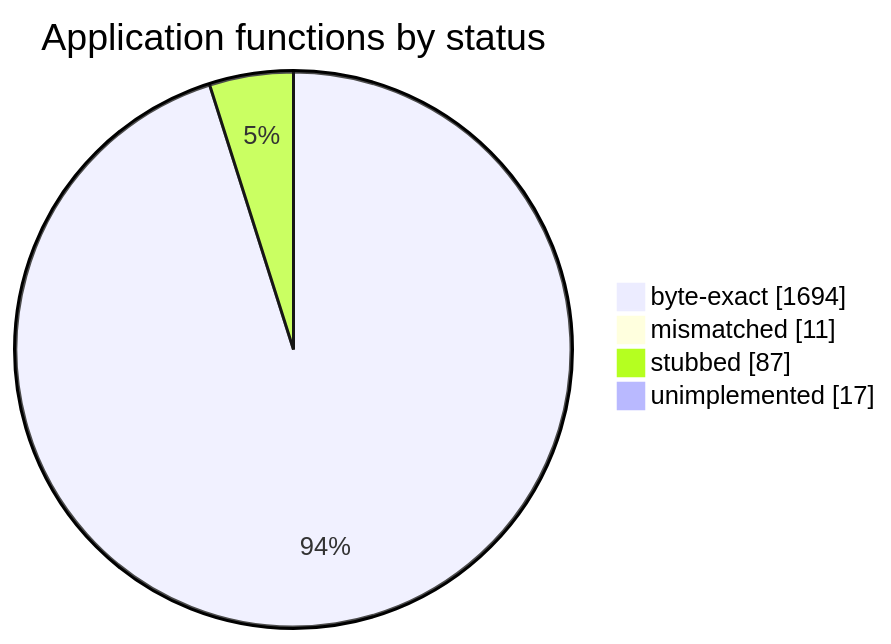
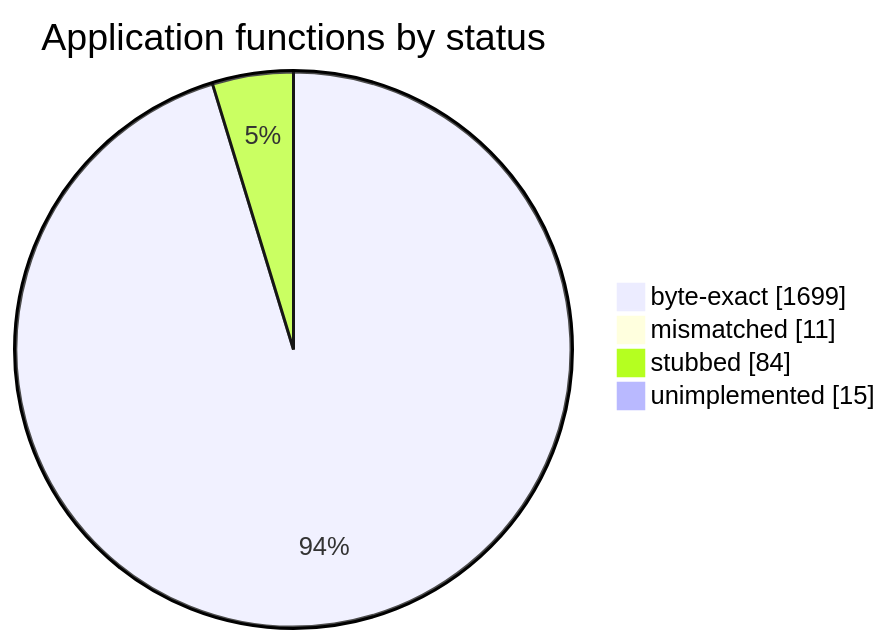
The diagram in README.md (sorokya/eos), drawn with Mermaid before and after one commit. The commit also changed other lines of this file and 2 other files, not shown here.

````diff
--- a/README.md
+++ b/README.md
@@ -154,8 +154,8 @@
 ```mermaid
 pie showData
     title Application functions by status
-    "byte-exact" : 1694
+    "byte-exact" : 1699
     "mismatched" : 11
-    "stubbed" : 87
-    "unimplemented" : 17
+    "stubbed" : 84
+    "unimplemented" : 15
 ```
````
